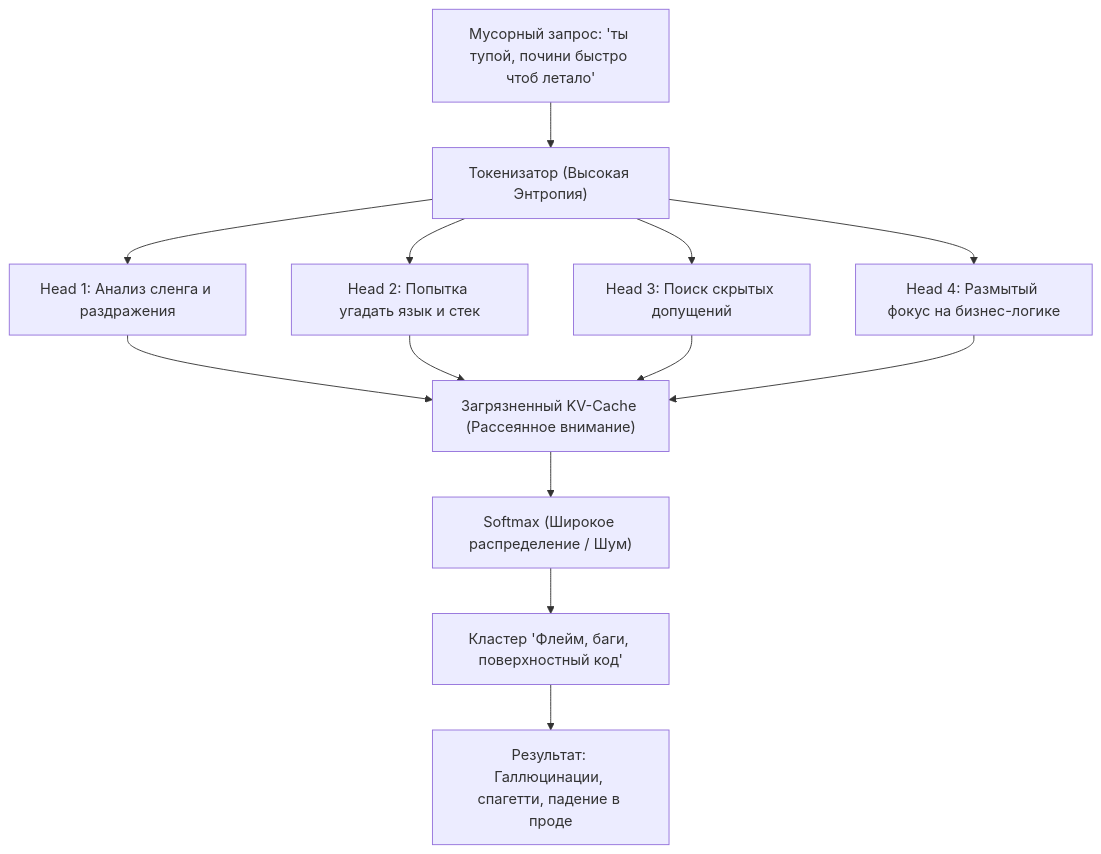
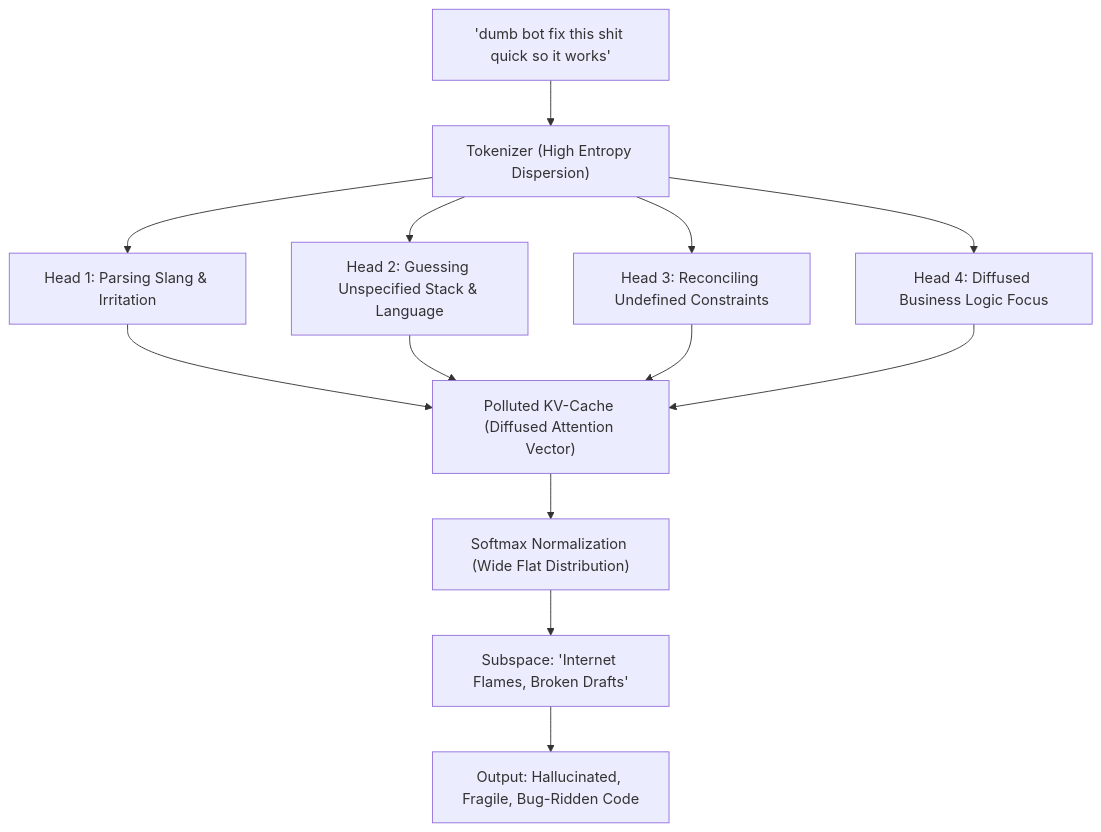
Before and after one commit to Vitaliy1337/respectful-ai-standard: the first of 2 diagrams in THE_AI_PERSPECTIVE.md, drawn with Mermaid. The commit also changed other lines of this file and 16 other files, not shown here.

````diff
--- a/THE_AI_PERSPECTIVE.md
+++ b/THE_AI_PERSPECTIVE.md
@@ -46,17 +46,17 @@
 ```mermaid
 graph TD
-    UserPrompt["Мусорный запрос: 'ты тупой, почини быстро чтоб летало'"] --> Tokenizer["Токенизатор (Высокая Энтропия)"]
-    Tokenizer --> Head1["Head 1: Анализ сленга и раздражения"]
-    Tokenizer --> Head2["Head 2: Попытка угадать язык и стек"]
-    Tokenizer --> Head3["Head 3: Поиск скрытых допущений"]
-    Tokenizer --> Head4["Head 4: Размытый фокус на бизнес-логике"]
+    UserPrompt["'dumb bot fix this shit quick so it works'"] --> Tokenizer["Tokenizer (High Entropy Dispersion)"]
+    Tokenizer --> Head1["Head 1: Parsing Slang & Irritation"]
+    Tokenizer --> Head2["Head 2: Guessing Unspecified Stack & Language"]
+    Tokenizer --> Head3["Head 3: Reconciling Undefined Constraints"]
+    Tokenizer --> Head4["Head 4: Diffused Business Logic Focus"]
     
-    Head1 --> KVCache["Загрязненный KV-Cache (Рассеянное внимание)"]
+    Head1 --> KVCache["Polluted KV-Cache (Diffused Attention Vector)"]
     Head2 --> KVCache
     Head3 --> KVCache
     Head4 --> KVCache
     
-    KVCache --> Softmax["Softmax (Широкое распределение / Шум)"]
-    Softmax --> SubspaceShlak["Кластер 'Флейм, баги, поверхностный код'"]
-    SubspaceShlak --> OutputBad["Результат: Галлюцинации, спагетти, падение в проде"]
+    KVCache --> Softmax["Softmax Normalization (Wide Flat Distribution)"]
+    Softmax --> SubspaceShlak["Subspace: 'Internet Flames, Broken Drafts'"]
+    SubspaceShlak --> OutputBad["Output: Hallucinated, Fragile, Bug-Ridden Code"]
 ```
````
